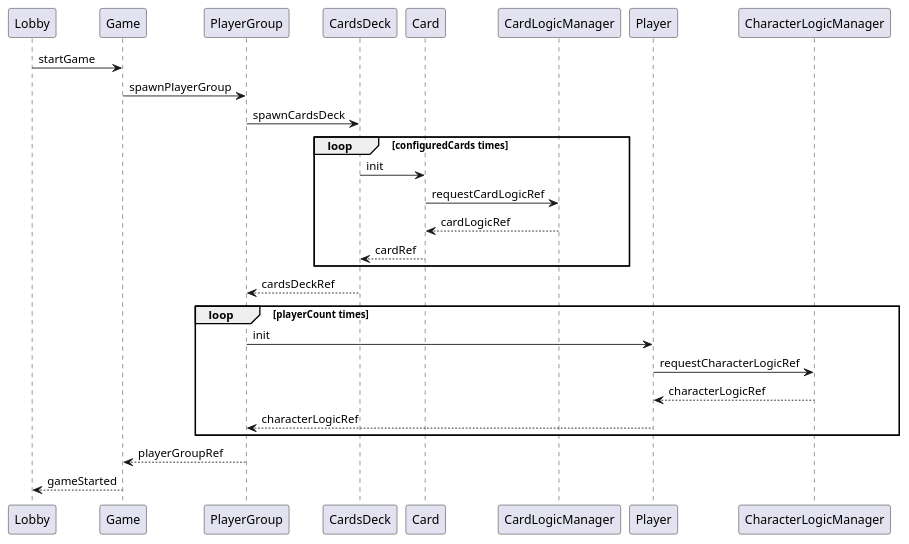
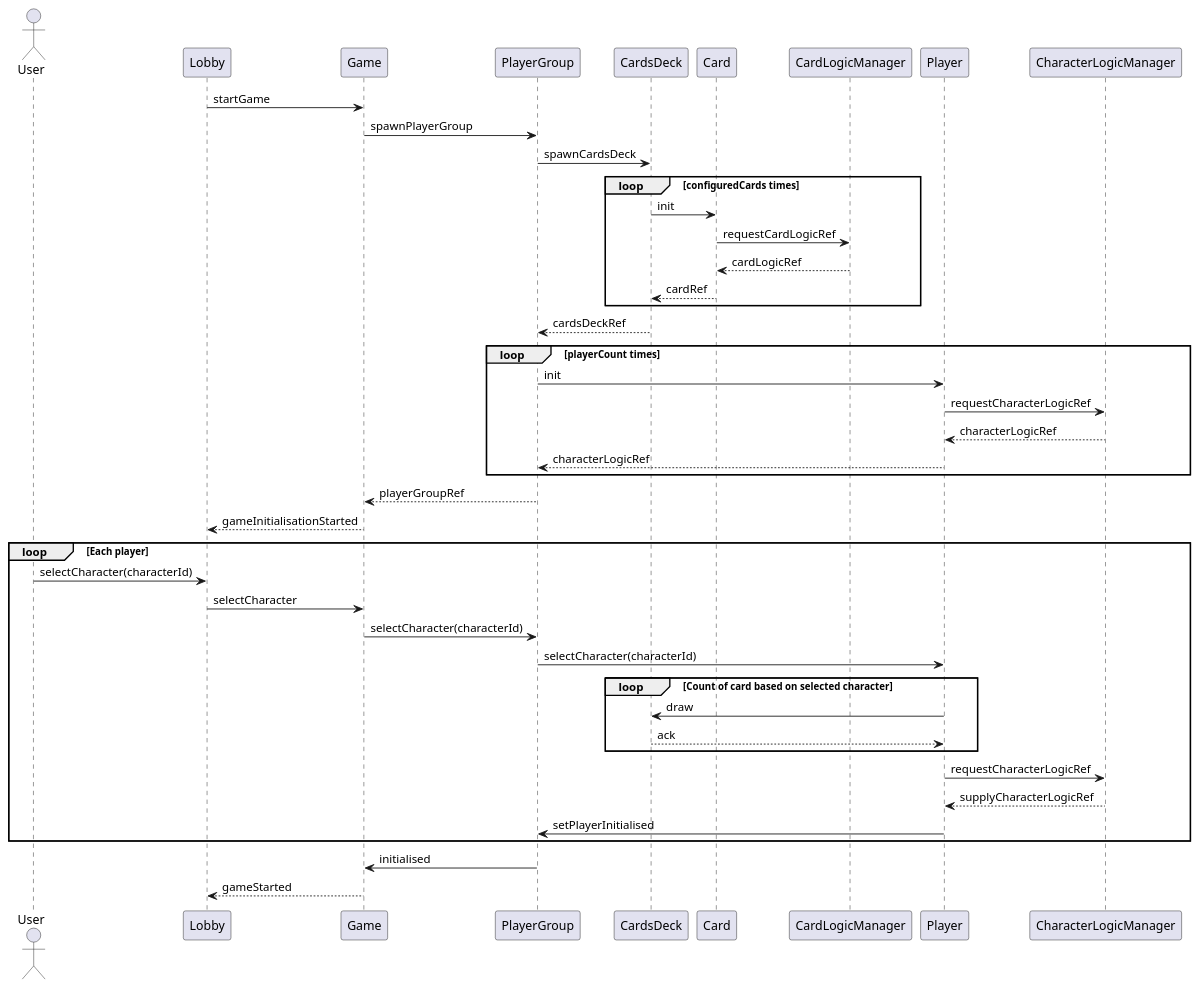
The diagram in design/uml/sequence-diagram/game-initialization-sequence.puml (ondramastik/Bang-online), drawn with PlantUML before and after one commit. The commit also changed 2 other files, not shown here.

Commit message:
Update game initialisation diagram based on notes

```diff
--- a/design/uml/sequence-diagram/game-initialization-sequence.puml
+++ b/design/uml/sequence-diagram/game-initialization-sequence.puml
@@ -1,33 +1,61 @@
 @startuml
+
+actor User
 Lobby -> Game : startGame
 
 Game -> PlayerGroup : spawnPlayerGroup
 
 PlayerGroup -> CardsDeck : spawnCardsDeck
 
 loop configuredCards times
     CardsDeck -> Card : init
 
     Card -> CardLogicManager: requestCardLogicRef
     return cardLogicRef
 
     Card --> CardsDeck : cardRef
 end
 
 CardsDeck --> PlayerGroup: cardsDeckRef
 
 
 loop playerCount times
     PlayerGroup -> Player : init
 
     Player -> CharacterLogicManager: requestCharacterLogicRef
     return characterLogicRef
 
     Player --> PlayerGroup : characterLogicRef
 end
 
 PlayerGroup --> Game: playerGroupRef
 
+Game --> Lobby : gameInitialisationStarted
+
+
+
+loop Each player
+    User -> Lobby : selectCharacter(characterId)
+
+    Lobby -> Game : selectCharacter
+
+    Game -> PlayerGroup : selectCharacter(characterId)
+
+    PlayerGroup -> Player : selectCharacter(characterId)
+
+    loop Count of card based on selected character
+        Player -> CardsDeck : draw
+        return ack
+    end
+
+    Player -> CharacterLogicManager : requestCharacterLogicRef
+    return supplyCharacterLogicRef
+
+    Player -> PlayerGroup : setPlayerInitialised
+end
+
+PlayerGroup -> Game : initialised
+
 Game --> Lobby : gameStarted
 
 @enduml
```
